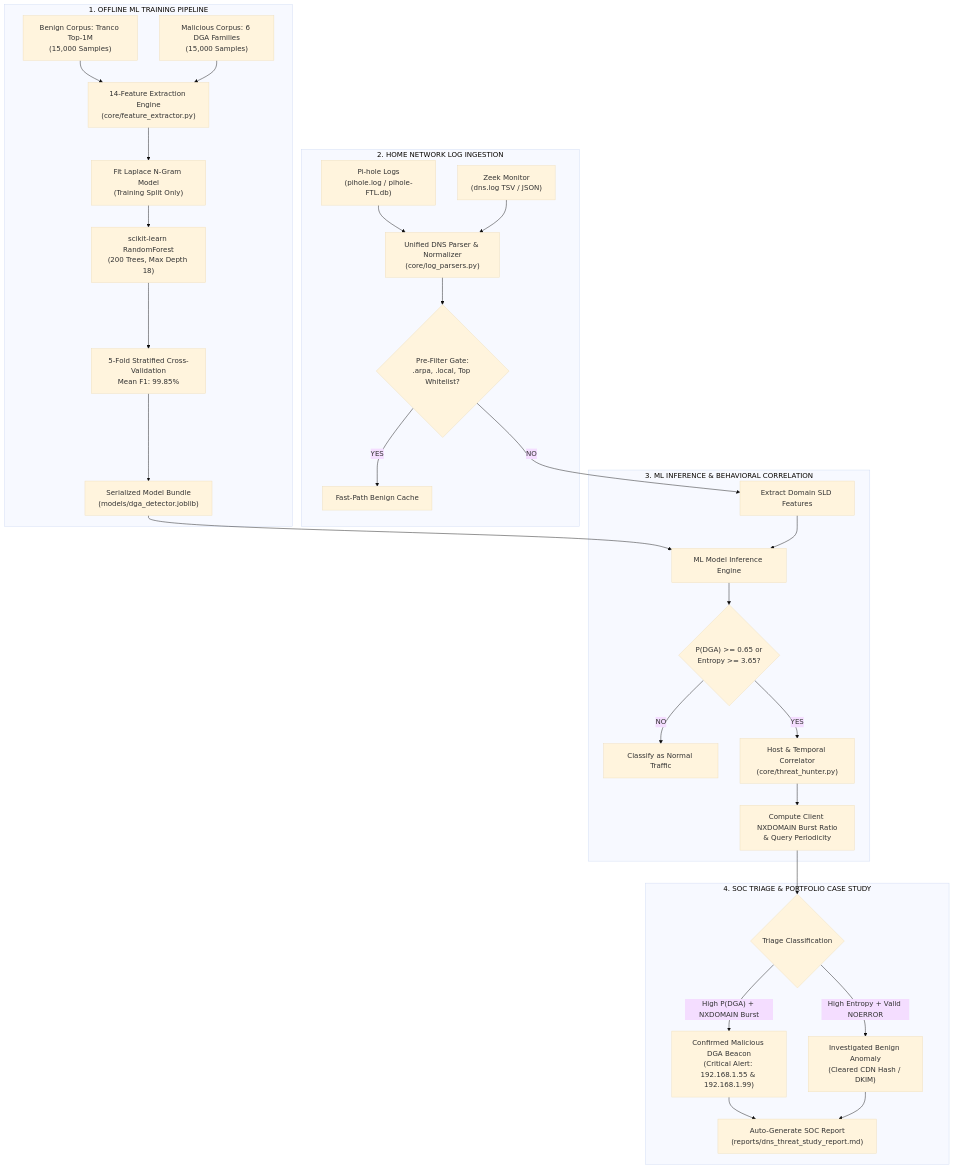
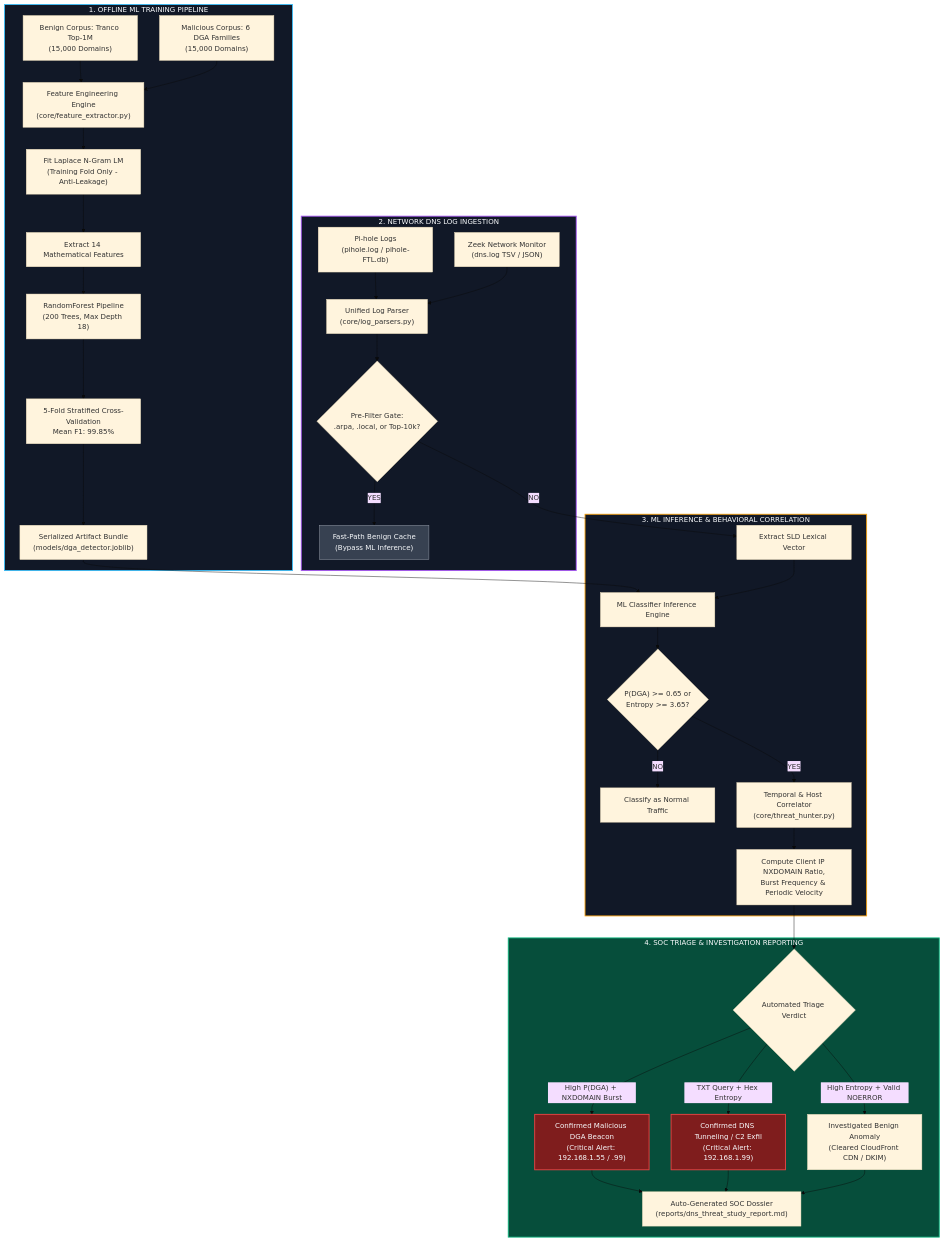
Before and after one commit to aryarakshit/DNS-Threat-Detector-Home-Network: the diagram in README.md, drawn with Mermaid (base theme). The commit also changed other lines of this file and 1 other file, not shown here.

Commit message:
docs: rewrite README for professional GitHub publication with architecture, benchmarks, and API usage

````diff
--- a/README.md
+++ b/README.md
@@ -29,36 +59,51 @@
 ```mermaid
 flowchart TD
+    %% Offline ML Pipeline
     subgraph TRAINING["1. OFFLINE ML TRAINING PIPELINE"]
-        A["Benign Corpus: Tranco Top-1M<br/>(15,000 Samples)"] --> C["14-Feature Extraction Engine<br/>(core/feature_extractor.py)"]
-        B["Malicious Corpus: 6 DGA Families<br/>(15,000 Samples)"] --> C
-        C --> D["Fit Laplace N-Gram Model<br/>(Training Split Only)"]
-        D --> E["scikit-learn RandomForest<br/>(200 Trees, Max Depth 18)"]
-        E --> F["5-Fold Stratified Cross-Validation<br/>Mean F1: 99.85%"]
-        F --> G["Serialized Model Bundle<br/>(models/dga_detector.joblib)"]
+        A["Benign Corpus: Tranco Top-1M<br/>(15,000 Domains)"] --> C["Feature Engineering Engine<br/>(core/feature_extractor.py)"]
+        B["Malicious Corpus: 6 DGA Families<br/>(15,000 Domains)"] --> C
+        C --> D["Fit Laplace N-Gram LM<br/>(Training Fold Only - Anti-Leakage)"]
+        D --> E["Extract 14 Mathematical Features"]
+        E --> F["RandomForest Pipeline<br/>(200 Trees, Max Depth 18)"]
+        F --> G["5-Fold Stratified Cross-Validation<br/>Mean F1: 99.85%"]
+        G --> H["Serialized Artifact Bundle<br/>(models/dga_detector.joblib)"]
     end
 
-    subgraph INGESTION["2. HOME NETWORK LOG INGESTION"]
-        H["Pi-hole Logs<br/>(pihole.log / pihole-FTL.db)"] --> J["Unified DNS Parser & Normalizer<br/>(core/log_parsers.py)"]
-        I["Zeek Monitor<br/>(dns.log TSV / JSON)"] --> J
-        J --> K{"Pre-Filter Gate:<br/>.arpa, .local, Top Whitelist?"}
-        K -- YES --> DROP["Fast-Path Benign Cache"]
+    %% Network Log Ingestion
+    subgraph INGESTION["2. NETWORK DNS LOG INGESTION"]
+        I["Pi-hole Logs<br/>(pihole.log / pihole-FTL.db)"] --> K["Unified Log Parser<br/>(core/log_parsers.py)"]
+        J["Zeek Network Monitor<br/>(dns.log TSV / JSON)"] --> K
+        K --> L{"Pre-Filter Gate:<br/>.arpa, .local, or Top-10k?"}
+        L -- YES --> PASS["Fast-Path Benign Cache<br/>(Bypass ML Inference)"]
     end
 
+    %% Real-Time Inference & Correlation
     subgraph INFERENCE["3. ML INFERENCE & BEHAVIORAL CORRELATION"]
-        K -- NO --> L["Extract Domain SLD Features"]
-        G --> M["ML Model Inference Engine"]
-        L --> M
-        M --> N{"P(DGA) >= 0.65 or<br/>Entropy >= 3.65?"}
-        N -- NO --> BENIGN["Classify as Normal Traffic"]
-        N -- YES --> O["Host & Temporal Correlator<br/>(core/threat_hunter.py)"]
-        O --> P["Compute Client NXDOMAIN Burst Ratio<br/>& Query Periodicity"]
+        L -- NO --> M["Extract SLD Lexical Vector"]
+        H --> N["ML Classifier Inference Engine"]
+        M --> N
+        N --> O{"P(DGA) >= 0.65 or<br/>Entropy >= 3.65?"}
+        O -- NO --> BENIGN["Classify as Normal Traffic"]
+        O -- YES --> P["Temporal & Host Correlator<br/>(core/threat_hunter.py)"]
+        P --> Q["Compute Client IP NXDOMAIN Ratio,<br/>Burst Frequency & Periodic Velocity"]
     end
 
-    subgraph INVESTIGATION["4. SOC TRIAGE & PORTFOLIO CASE STUDY"]
-        P --> Q{"Triage Classification"}
-        Q -- "High P(DGA) + NXDOMAIN Burst" --> R["Confirmed Malicious DGA Beacon<br/>(Critical Alert: 192.168.1.55 & 192.168.1.99)"]
-        Q -- "High Entropy + Valid NOERROR" --> S["Investigated Benign Anomaly<br/>(Cleared CDN Hash / DKIM)"]
-        R --> T["Auto-Generate SOC Report<br/>(reports/dns_threat_study_report.md)"]
-        S --> T
+    %% SOC Triage & Reporting
+    subgraph SOC["4. SOC TRIAGE & INVESTIGATION REPORTING"]
+        Q --> R{"Automated Triage Verdict"}
+        R -- "High P(DGA) + NXDOMAIN Burst" --> S["Confirmed Malicious DGA Beacon<br/>(Critical Alert: 192.168.1.55 / .99)"]
+        R -- "TXT Query + Hex Entropy" --> T["Confirmed DNS Tunneling / C2 Exfil<br/>(Critical Alert: 192.168.1.99)"]
+        R -- "High Entropy + Valid NOERROR" --> U["Investigated Benign Anomaly<br/>(Cleared CloudFront CDN / DKIM)"]
+        S --> V["Auto-Generated SOC Dossier<br/>(reports/dns_threat_study_report.md)"]
+        T --> V
+        U --> V
     end
+
+    style TRAINING fill:#111827,stroke:#38bdf8,stroke-width:2px,color:#f8fafc
+    style INGESTION fill:#111827,stroke:#a855f7,stroke-width:2px,color:#f8fafc
+    style INFERENCE fill:#111827,stroke:#f59e0b,stroke-width:2px,color:#f8fafc
+    style SOC fill:#064e3b,stroke:#10b981,stroke-width:2px,color:#f8fafc
+    style S fill:#7f1d1d,stroke:#ef4444,stroke-width:2px,color:#f8fafc
+    style T fill:#7f1d1d,stroke:#ef4444,stroke-width:2px,color:#f8fafc
+    style PASS fill:#374151,stroke:#9ca3af,color:#f8fafc
 ```
````
